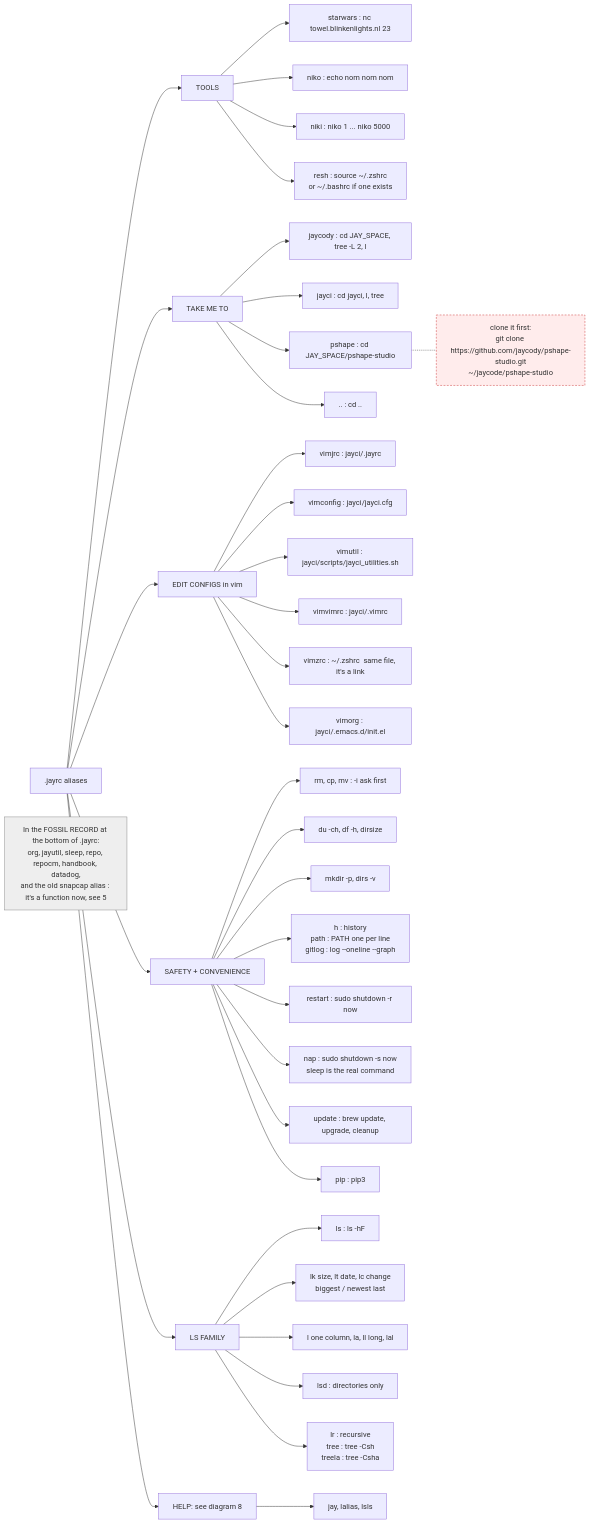
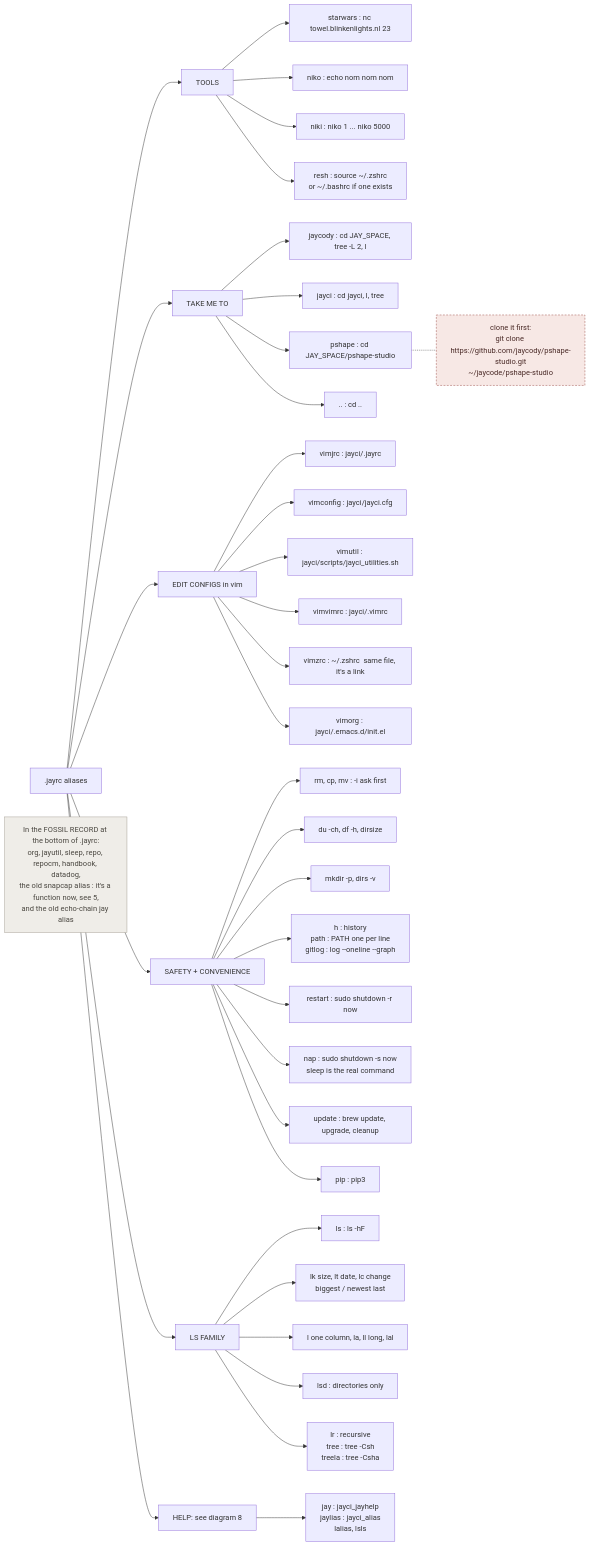
One commit to jaycody/jayci changed the diagram in docs/diagrams/4-aliases.mmd. Above: the diagram before and after it, drawn with Mermaid. The commit also changed 34 other files, not shown here.

First line of the commit message:
README: plain-language opening, big-idea diagrams, new diagram look

```diff
--- a/docs/diagrams/4-aliases.mmd
+++ b/docs/diagrams/4-aliases.mmd
@@ -1,52 +1,61 @@
 %% 4. Every alias, grouped as in .jayrc. (snapcap defines functions, not aliases: see 5.)
 %% Red = target folder/file is missing on this Mac, or a known quirk.
 flowchart LR
     J[".jayrc aliases"]
 
     J --> T["TOOLS"]
     T --> T1["starwars : nc towel.blinkenlights.nl 23"]
     T --> T2["niko : echo nom nom nom"]
     T --> T3["niki : niko 1 ... niko 5000"]
     T --> T4["resh : source ~/.zshrc<br/>or ~/.bashrc if one exists"]
 
     J --> G["TAKE ME TO"]
     G --> G1["jaycody : cd JAY_SPACE, tree -L 2, l"]
     G --> G2["jayci : cd jayci, l, tree"]
     G --> G5["pshape : cd JAY_SPACE/pshape-studio"]
     G --> G7[".. : cd .."]
 
     J --> E["EDIT CONFIGS in vim"]
     E --> E1["vimjrc : jayci/.jayrc"]
     E --> E2["vimconfig : jayci/jayci.cfg"]
     E --> E3["vimutil : jayci/scripts/jayci_utilities.sh"]
     E --> E4["vimvimrc : jayci/.vimrc"]
     E --> E5["vimzrc : ~/.zshrc  same file, it's a link"]
     E --> E6["vimorg : jayci/.emacs.d/init.el"]
 
     J --> S["SAFETY + CONVENIENCE"]
     S --> S1["rm, cp, mv : -i ask first"]
     S --> S2["du -ch, df -h, dirsize"]
     S --> S3["mkdir -p, dirs -v"]
     S --> S4["h : history<br/>path : PATH one per line<br/>gitlog : log --oneline --graph"]
     S --> S5["restart : sudo shutdown -r now"]
     S --> S6["nap : sudo shutdown -s now<br/>sleep is the real command"]
     S --> S7["update : brew update, upgrade, cleanup"]
     S --> S8["pip : pip3"]
 
     J --> L["LS FAMILY"]
     L --> L1["ls : ls -hF"]
     L --> L2["lk size, lt date, lc change<br/>biggest / newest last"]
     L --> L3["l one column, la, ll long, lal"]
     L --> L4["lsd : directories only"]
     L --> L5["lr : recursive<br/>tree : tree -Csh<br/>treela : tree -Csha"]
 
     J --> H["HELP: see diagram 8"]
-    H --> H1["jay, lalias, lsls"]
+    H --> H1["jay : jayci_jayhelp<br/>jaylias : jayci_alias<br/>lalias, lsls"]
 
     G5 -.- Q3["clone it first:<br/>git clone https://github.com/jaycody/pshape-studio.git<br/>~/jaycode/pshape-studio"]
-    F["In the FOSSIL RECORD at the bottom of .jayrc:<br/>org, jayutil, sleep, repo, repocm, handbook, datadog,<br/>and the old snapcap alias : it's a function now, see 5"]
+    F["In the FOSSIL RECORD at the bottom of .jayrc:<br/>org, jayutil, sleep, repo, repocm, handbook, datadog,<br/>the old snapcap alias : it's a function now, see 5,<br/>and the old echo-chain jay alias"]
 
-    classDef quirk fill:#ffecec,stroke:#c33,color:#333,stroke-dasharray: 4 3
-    classDef sys fill:#eeeeee,stroke:#888,color:#333
+    classDef quirk fill:#F7E8E5,stroke:#9B4A43,color:#4A2A27,stroke-dasharray: 4 3
+    classDef sys fill:#EFEDE8,stroke:#A39E93,color:#4A4740
     class Q3 quirk
     class F sys
+
+%% FOSSIL RECORD
+%% 2026-11-10: jay now calls the jayci_jayhelp function; jaylias calls jayci_alias.
+%%     H --> H1["jay, lalias, lsls"]
+%%     F["In the FOSSIL RECORD at the bottom of .jayrc:<br/>org, jayutil, sleep, repo, repocm, handbook, datadog,<br/>and the old snapcap alias : it's a function now, see 5"]
+%% 2026-11-10: new shared look (theme.json, theme.css); these colors
+%% changed to match its palette.
+%%     classDef quirk fill:#ffecec,stroke:#c33,color:#333,stroke-dasharray: 4 3
+%%     classDef sys fill:#eeeeee,stroke:#888,color:#333
```
